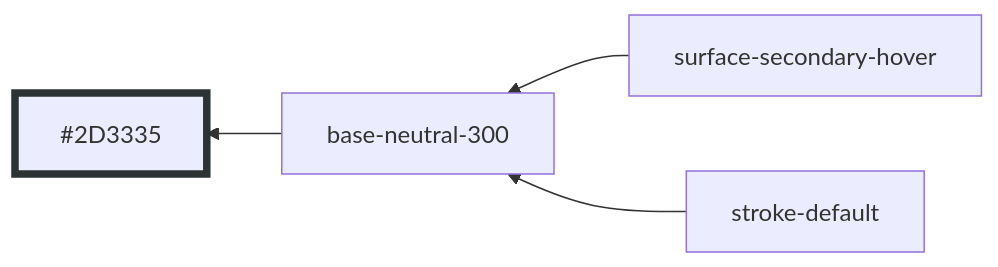
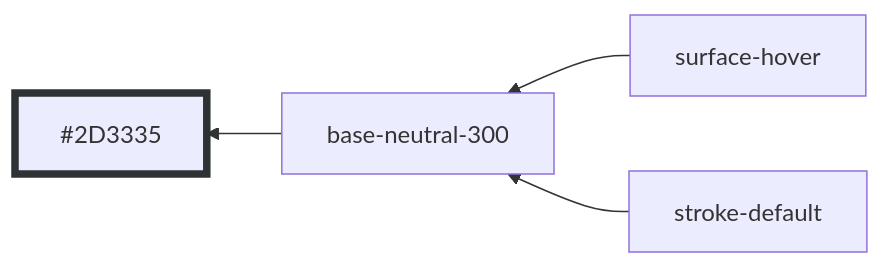
Diagram 45 of 51 in styles/dist/blue.md (oxidecomputer/design-system), drawn with Mermaid before and after one commit. The commit also changed other lines of this file and 8 other files, not shown here.

````diff
--- a/styles/dist/blue.md
+++ b/styles/dist/blue.md
@@ -525,8 +524,8 @@
 ```mermaid
 graph RL
   base-neutral-300 --> #2D3335:::base-neutral-300
-  surface-secondary-hover --> base-neutral-300
+  surface-hover --> base-neutral-300
   stroke-default --> base-neutral-300
 
 	classDef base-neutral-300 stroke-width:5,stroke:#2D3335
 ```
````
